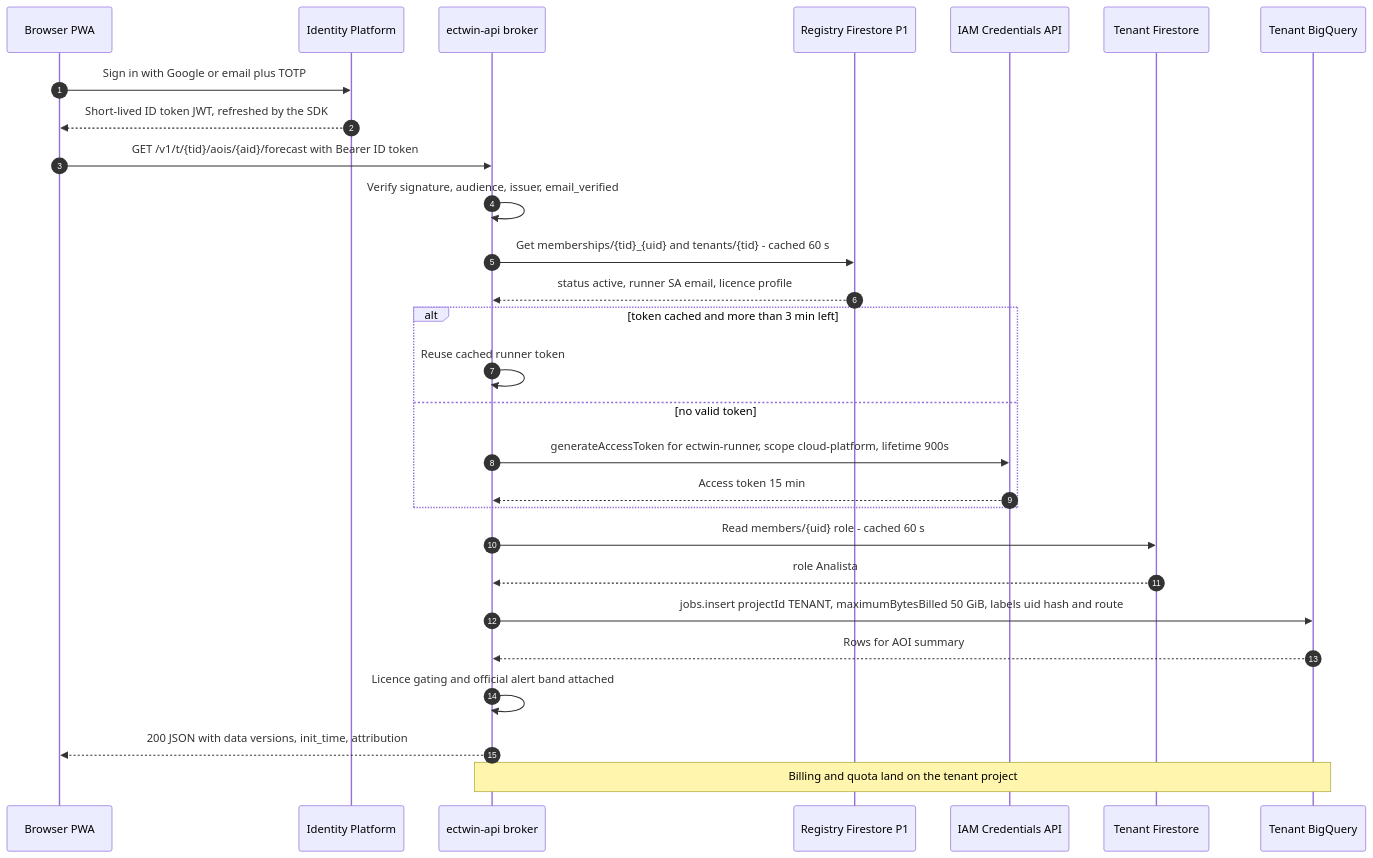
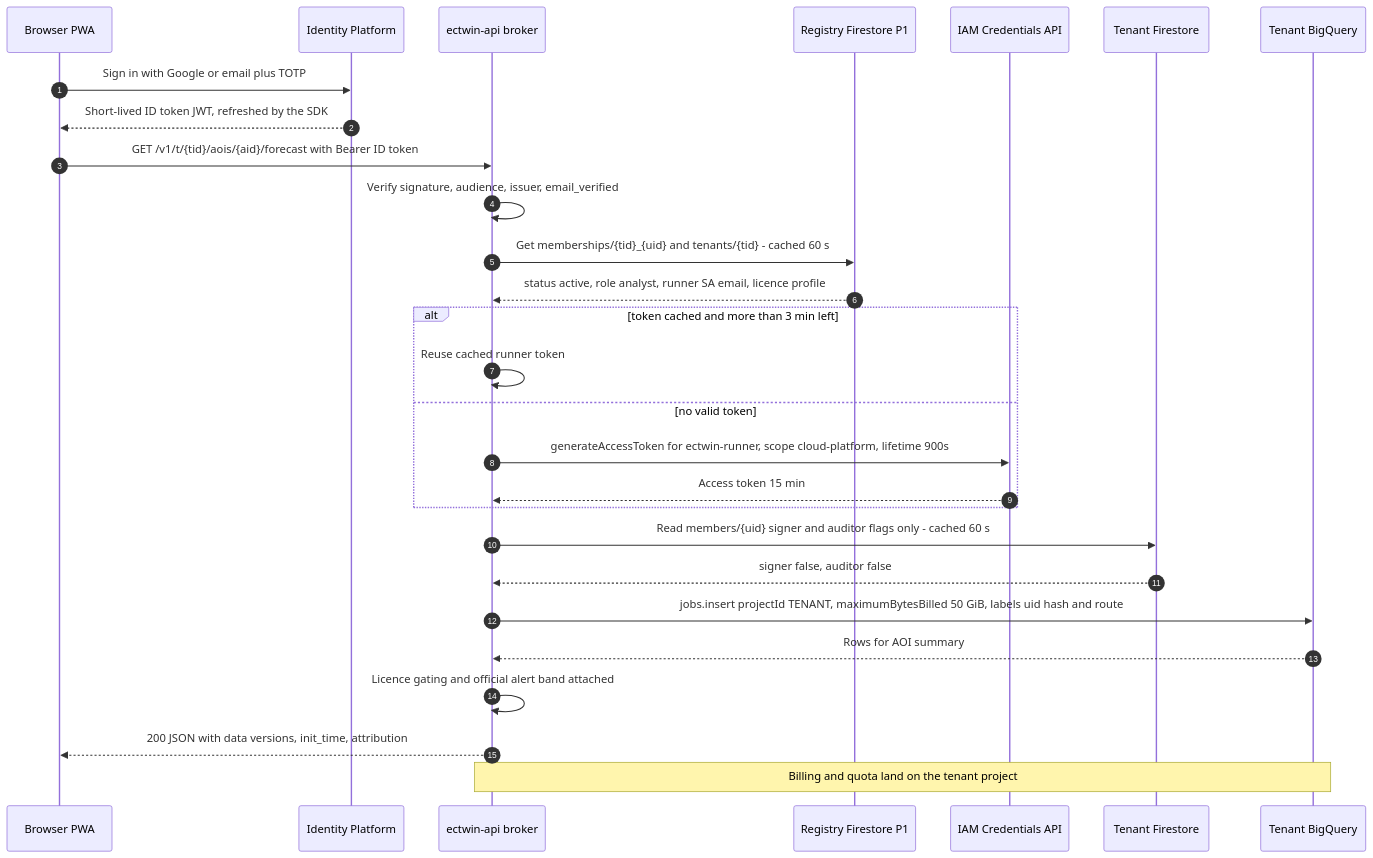
One commit to mcastroarroyo/weathernext changed the third of 4 diagrams in docs/03-architecture.md. Above: the diagram before and after it, drawn with Mermaid. The commit also changed other lines of this file, not shown here.

First line of the commit message:
Align docs/03-architecture.md with cross-document canonical values

````diff
--- a/docs/03-architecture.md
+++ b/docs/03-architecture.md
@@ -327,30 +327,30 @@
 ```mermaid
 sequenceDiagram
   autonumber
   participant B as Browser PWA
   participant I as Identity Platform
   participant A as ectwin-api broker
   participant R as Registry Firestore P1
   participant C as IAM Credentials API
   participant F as Tenant Firestore
   participant Q as Tenant BigQuery
   B->>I: Sign in with Google or email plus TOTP
   I-->>B: Short-lived ID token JWT, refreshed by the SDK
   B->>A: GET /v1/t/{tid}/aois/{aid}/forecast with Bearer ID token
   A->>A: Verify signature, audience, issuer, email_verified
   A->>R: Get memberships/{tid}_{uid} and tenants/{tid} - cached 60 s
-  R-->>A: status active, runner SA email, licence profile
+  R-->>A: status active, role analyst, runner SA email, licence profile
   alt token cached and more than 3 min left
     A->>A: Reuse cached runner token
   else no valid token
     A->>C: generateAccessToken for ectwin-runner, scope cloud-platform, lifetime 900s
     C-->>A: Access token 15 min
   end
-  A->>F: Read members/{uid} role - cached 60 s
-  F-->>A: role Analista
+  A->>F: Read members/{uid} signer and auditor flags only - cached 60 s
+  F-->>A: signer false, auditor false
   A->>Q: jobs.insert projectId TENANT, maximumBytesBilled 50 GiB, labels uid hash and route
   Q-->>A: Rows for AOI summary
   A->>A: Licence gating and official alert band attached
   A-->>B: 200 JSON with data versions, init_time, attribution
   Note over A,Q: Billing and quota land on the tenant project
 ```
````
